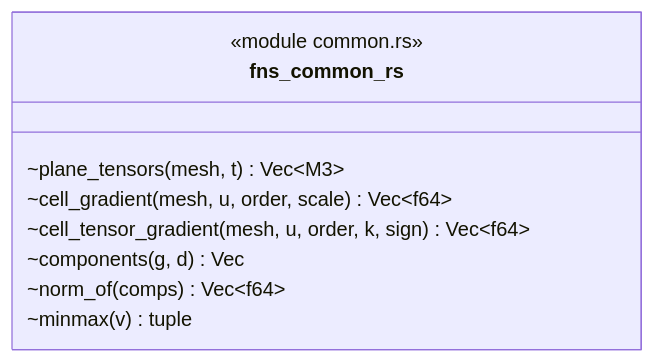
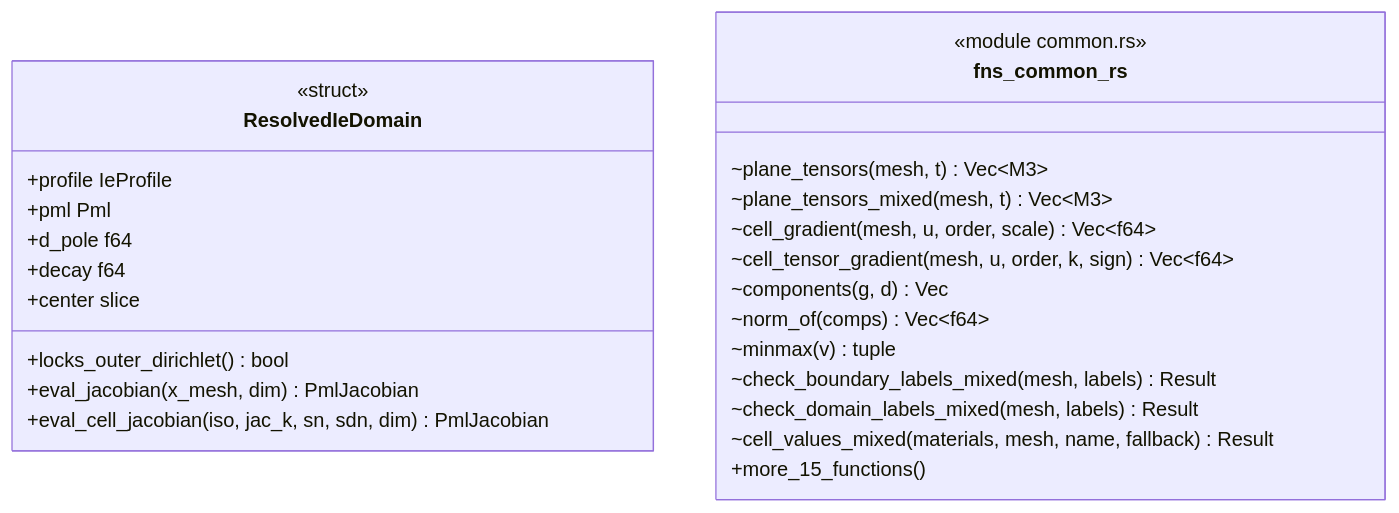
Before and after one commit to p-j-r/nyx: the diagram in docs/architecture/c4/4-code/dfs/common.md, drawn with Mermaid. The commit also changed other lines of this file and 110 other files, not shown here.

````diff
--- a/docs/architecture/c4/4-code/dfs/common.md
+++ b/docs/architecture/c4/4-code/dfs/common.md
@@ -35,12 +36,28 @@
 ```mermaid
 classDiagram
+  class ResolvedIeDomain {
+      <<struct>>
+      +profile IeProfile
+      +pml Pml
+      +d_pole f64
+      +decay f64
+      +center slice
+      +locks_outer_dirichlet() bool
+      +eval_jacobian(x_mesh, dim) PmlJacobian
+      +eval_cell_jacobian(iso, jac_k, sn, sdn, dim) PmlJacobian
+  }
   class fns_common_rs {
       <<module common.rs>>
       ~plane_tensors(mesh, t) Vec~M3~
+      ~plane_tensors_mixed(mesh, t) Vec~M3~
       ~cell_gradient(mesh, u, order, scale) Vec~f64~
       ~cell_tensor_gradient(mesh, u, order, k, sign) Vec~f64~
       ~components(g, d) Vec
       ~norm_of(comps) Vec~f64~
       ~minmax(v) tuple
+      ~check_boundary_labels_mixed(mesh, labels) Result
+      ~check_domain_labels_mixed(mesh, labels) Result
+      ~cell_values_mixed(materials, mesh, name, fallback) Result
+      +more_15_functions()
   }
 ```
````
